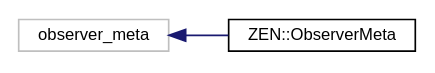
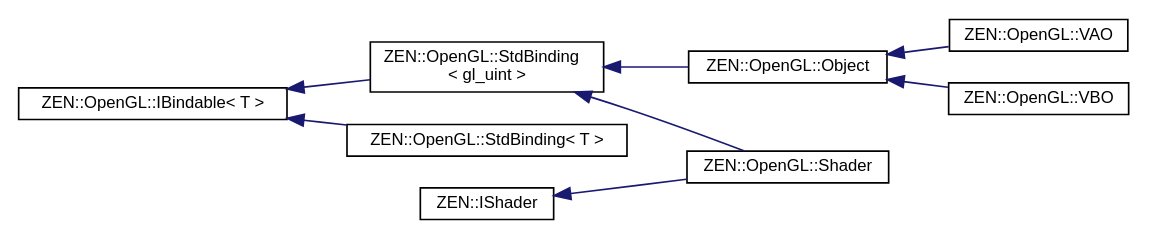
One commit to markhj/zeronetics changed the diagram in inherit_graph_35.dot. Above: the diagram before and after it, drawn with Graphviz. The commit also changed 88 other files, not shown here.

```diff
--- a/inherit_graph_35.dot
+++ b/inherit_graph_35.dot
@@ -1,10 +1,22 @@
 digraph "Graphical Class Hierarchy"
 {
  // LATEX_PDF_SIZE
   edge [fontname="Helvetica",fontsize="10",labelfontname="Helvetica",labelfontsize="10"];
   node [fontname="Helvetica",fontsize="10",shape=record];
   rankdir="LR";
-  Node62 [label="observer_meta",height=0.2,width=0.4,color="grey75", fillcolor="white", style="filled",tooltip=" "];
-  Node62 -> Node0 [dir="back",color="midnightblue",fontsize="10",style="solid",fontname="Helvetica"];
-  Node0 [label="ZEN::ObserverMeta",height=0.2,width=0.4,color="black", fillcolor="white", style="filled",URL="$structZEN_1_1ObserverMeta.html",tooltip=" "];
+  Node0 [label="ZEN::OpenGL::IBindable\< T \>",height=0.2,width=0.4,color="black", fillcolor="white", style="filled",URL="$classZEN_1_1OpenGL_1_1IBindable.html",tooltip=" "];
+  Node0 -> Node1 [dir="back",color="midnightblue",fontsize="10",style="solid",fontname="Helvetica"];
+  Node1 [label="ZEN::OpenGL::StdBinding\l\< gl_uint \>",height=0.2,width=0.4,color="black", fillcolor="white", style="filled",URL="$classZEN_1_1OpenGL_1_1StdBinding.html",tooltip=" "];
+  Node1 -> Node2 [dir="back",color="midnightblue",fontsize="10",style="solid",fontname="Helvetica"];
+  Node2 [label="ZEN::OpenGL::Object",height=0.2,width=0.4,color="black", fillcolor="white", style="filled",URL="$classZEN_1_1OpenGL_1_1Object.html",tooltip=" "];
+  Node2 -> Node3 [dir="back",color="midnightblue",fontsize="10",style="solid",fontname="Helvetica"];
+  Node3 [label="ZEN::OpenGL::VAO",height=0.2,width=0.4,color="black", fillcolor="white", style="filled",URL="$classZEN_1_1OpenGL_1_1VAO.html",tooltip=" "];
+  Node2 -> Node4 [dir="back",color="midnightblue",fontsize="10",style="solid",fontname="Helvetica"];
+  Node4 [label="ZEN::OpenGL::VBO",height=0.2,width=0.4,color="black", fillcolor="white", style="filled",URL="$classZEN_1_1OpenGL_1_1VBO.html",tooltip=" "];
+  Node1 -> Node5 [dir="back",color="midnightblue",fontsize="10",style="solid",fontname="Helvetica"];
+  Node5 [label="ZEN::OpenGL::Shader",height=0.2,width=0.4,color="black", fillcolor="white", style="filled",URL="$classZEN_1_1OpenGL_1_1Shader.html",tooltip=" "];
+  Node0 -> Node6 [dir="back",color="midnightblue",fontsize="10",style="solid",fontname="Helvetica"];
+  Node6 [label="ZEN::OpenGL::StdBinding\< T \>",height=0.2,width=0.4,color="black", fillcolor="white", style="filled",URL="$classZEN_1_1OpenGL_1_1StdBinding.html",tooltip=" "];
+  Node37 [label="ZEN::IShader",height=0.2,width=0.4,color="black", fillcolor="white", style="filled",URL="$classZEN_1_1IShader.html",tooltip=" "];
+  Node37 -> Node5 [dir="back",color="midnightblue",fontsize="10",style="solid",fontname="Helvetica"];
 }
```
